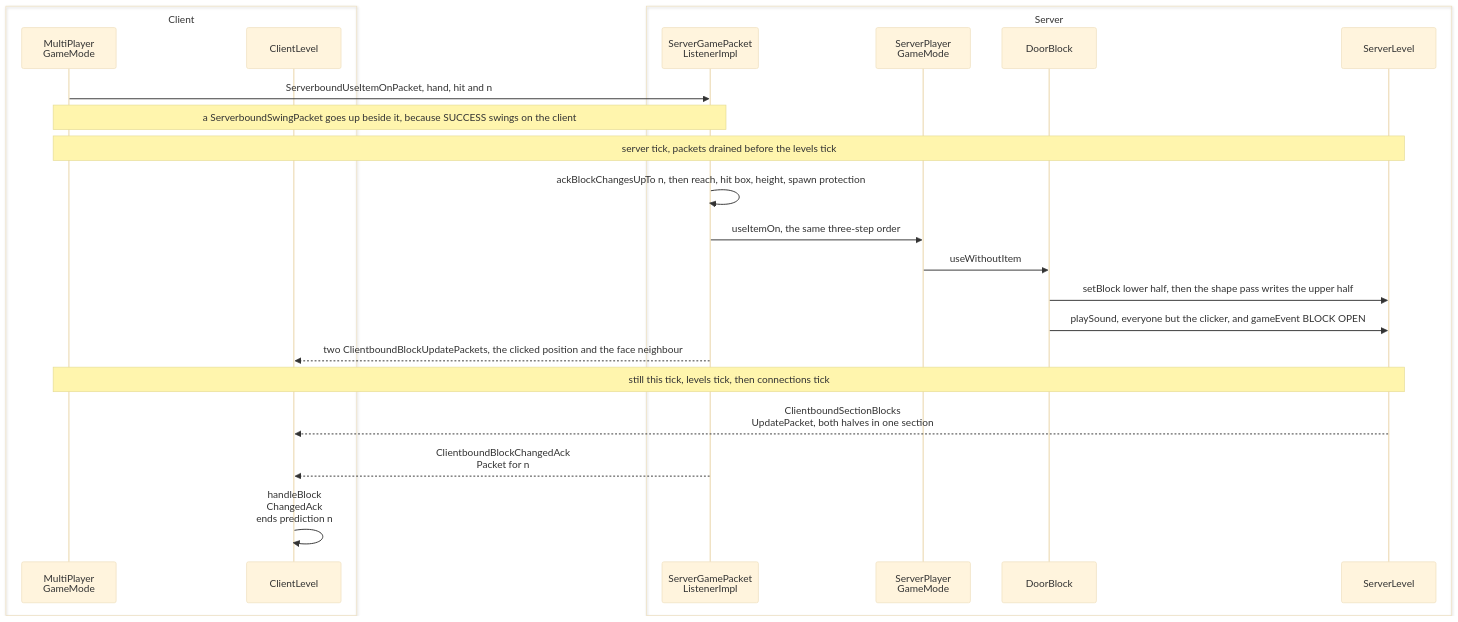
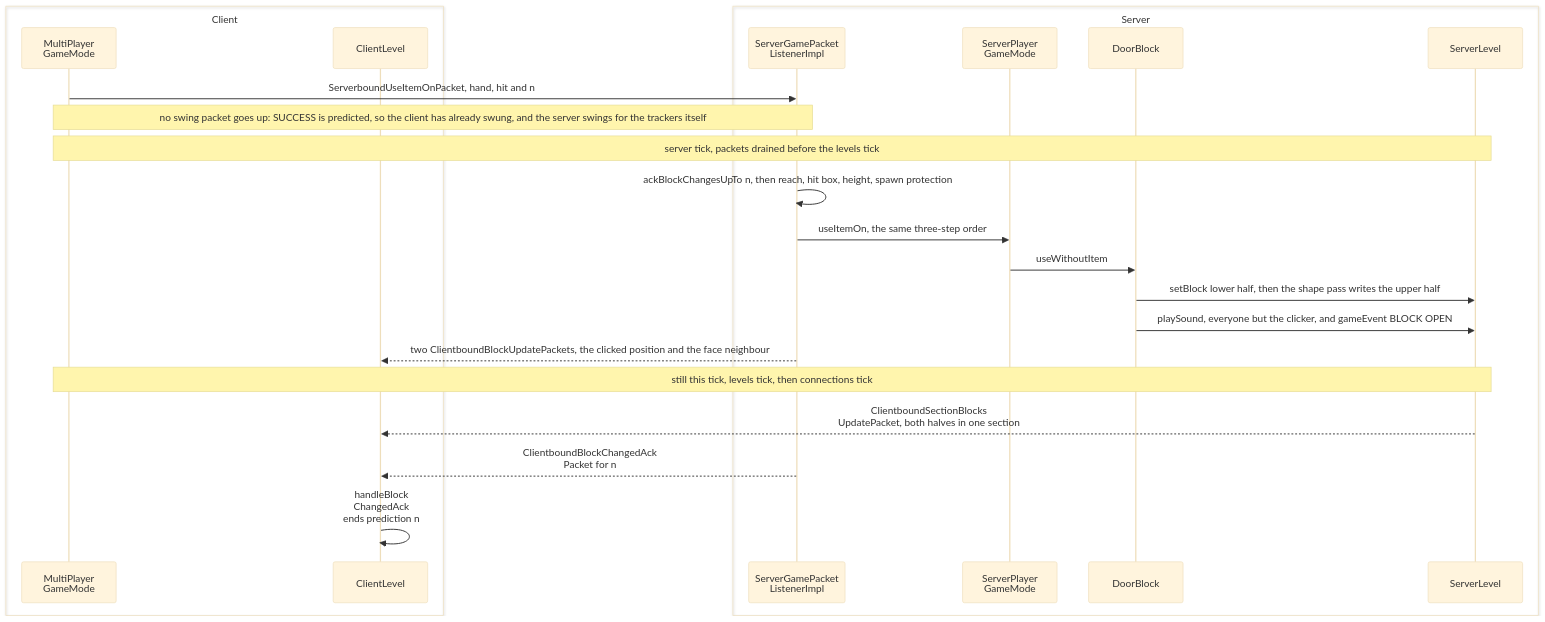
Before and after one commit to AlexanderjFraser/MinecraftDocs: the second of 2 diagrams in src/systems/blocks/block-interaction.md, drawn with Mermaid (base theme). The commit also changed other lines of this file and 155 other files, not shown here.

````diff
--- a/src/systems/blocks/block-interaction.md
+++ b/src/systems/blocks/block-interaction.md
@@ -62,27 +62,27 @@
 ```mermaid
 sequenceDiagram
     box Client
         participant MPGM as MultiPlayer<br/>GameMode
         participant CL as ClientLevel
     end
     box Server
         participant SGPL as ServerGamePacket<br/>ListenerImpl
         participant SPGM as ServerPlayer<br/>GameMode
         participant DB as DoorBlock
         participant SL as ServerLevel
     end
 
     MPGM->>SGPL: ServerboundUseItemOnPacket, hand, hit and n
-    Note over MPGM,SGPL: a ServerboundSwingPacket goes up beside it, because SUCCESS swings on the client
+    Note over MPGM,SGPL: no swing packet goes up: SUCCESS is predicted, so the client has already swung, and the server swings for the trackers itself
     Note over MPGM,SL: server tick, packets drained before the levels tick
     SGPL->>SGPL: ackBlockChangesUpTo n, then reach, hit box, height, spawn protection
     SGPL->>SPGM: useItemOn, the same three-step order
     SPGM->>DB: useWithoutItem
     DB->>SL: setBlock lower half, then the shape pass writes the upper half
     DB->>SL: playSound, everyone but the clicker, and gameEvent BLOCK OPEN
     SGPL-->>CL: two ClientboundBlockUpdatePackets, the clicked position and the face neighbour
     Note over MPGM,SL: still this tick, levels tick, then connections tick
     SL-->>CL: ClientboundSectionBlocks<br/>UpdatePacket, both halves in one section
     SGPL-->>CL: ClientboundBlockChangedAck<br/>Packet for n
     CL->>CL: handleBlock<br/>ChangedAck<br/>ends prediction n
 ```
````
